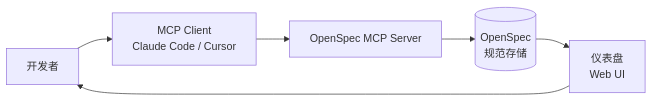
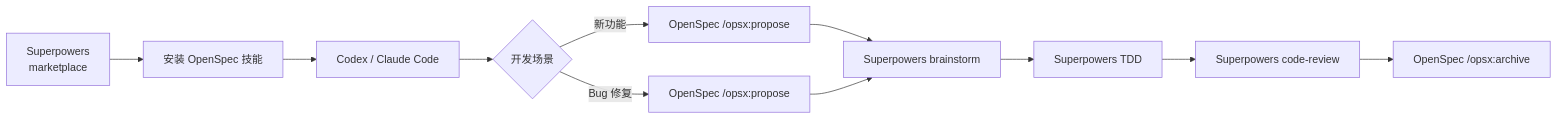
One commit to YingMuHuaDao1998/my-blob changed the sixth of 6 diagrams in Superpowers/Superpowers与OpenSpec结合使用指南.md. Above: the diagram before and after it, drawn with Mermaid. The commit also changed other lines of this file, not shown here.

````diff
--- a/Superpowers/Superpowers与OpenSpec结合使用指南.md
+++ b/Superpowers/Superpowers与OpenSpec结合使用指南.md
@@ -518,8 +513,13 @@
 ```mermaid
 flowchart LR
-    A[开发者] --> B[MCP Client<br/>Claude Code / Cursor]
-    B --> C[OpenSpec MCP Server]
-    C --> D[(OpenSpec<br/>规范存储)]
-    D --> E[仪表盘<br/>Web UI]
-    E --> A
+    A[Superpowers<br/>marketplace] --> B[安装 OpenSpec 技能]
+    B --> C[Codex / Claude Code]
+    C --> D{开发场景}
+    D -->|新功能| E["OpenSpec /opsx:propose"]
+    D -->|Bug 修复| F["OpenSpec /opsx:propose"]
+    E --> G[Superpowers brainstorm]
+    F --> G
+    G --> H[Superpowers TDD]
+    H --> I[Superpowers code-review]
+    I --> J["OpenSpec /opsx:archive"]
 ```
````
